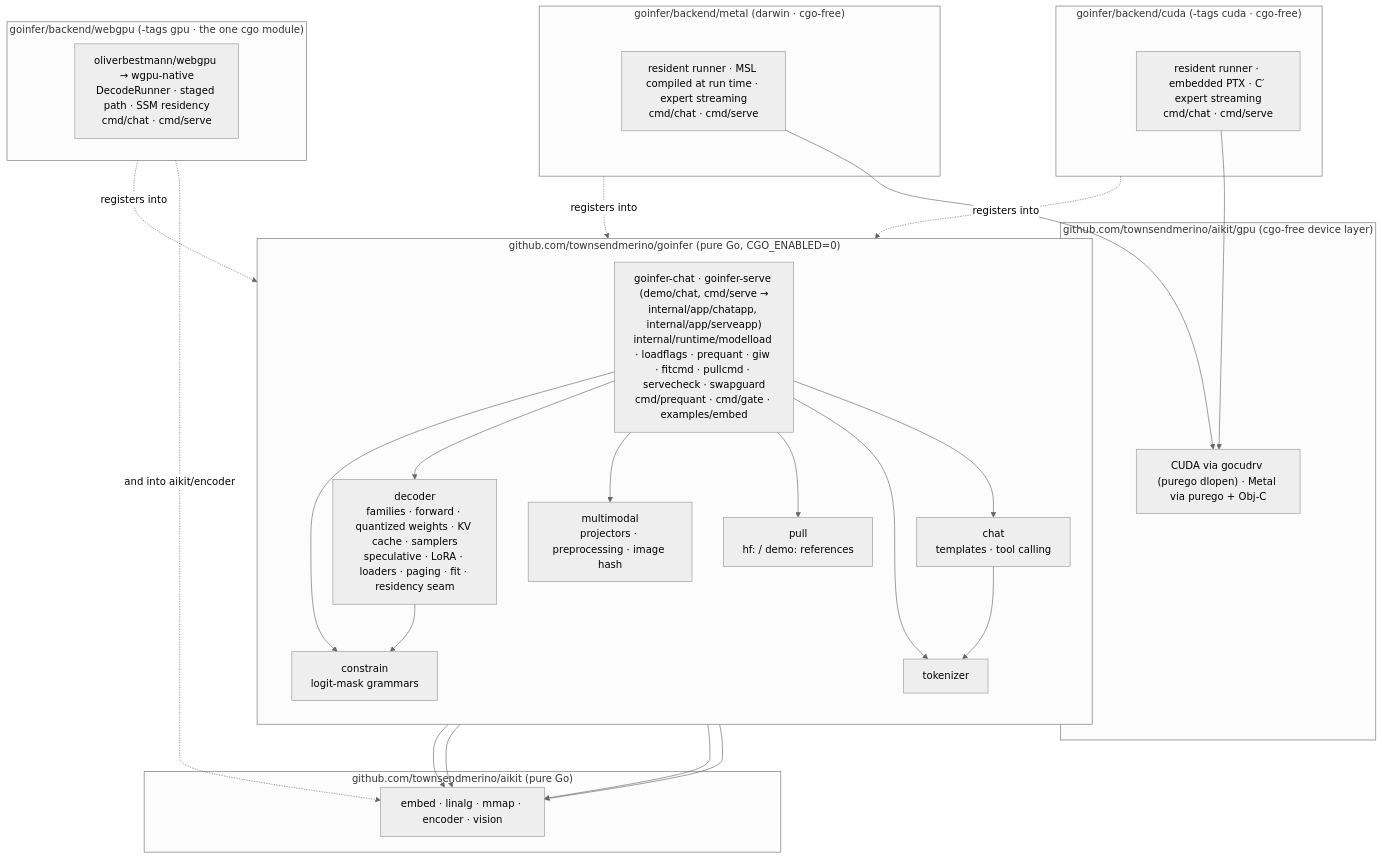
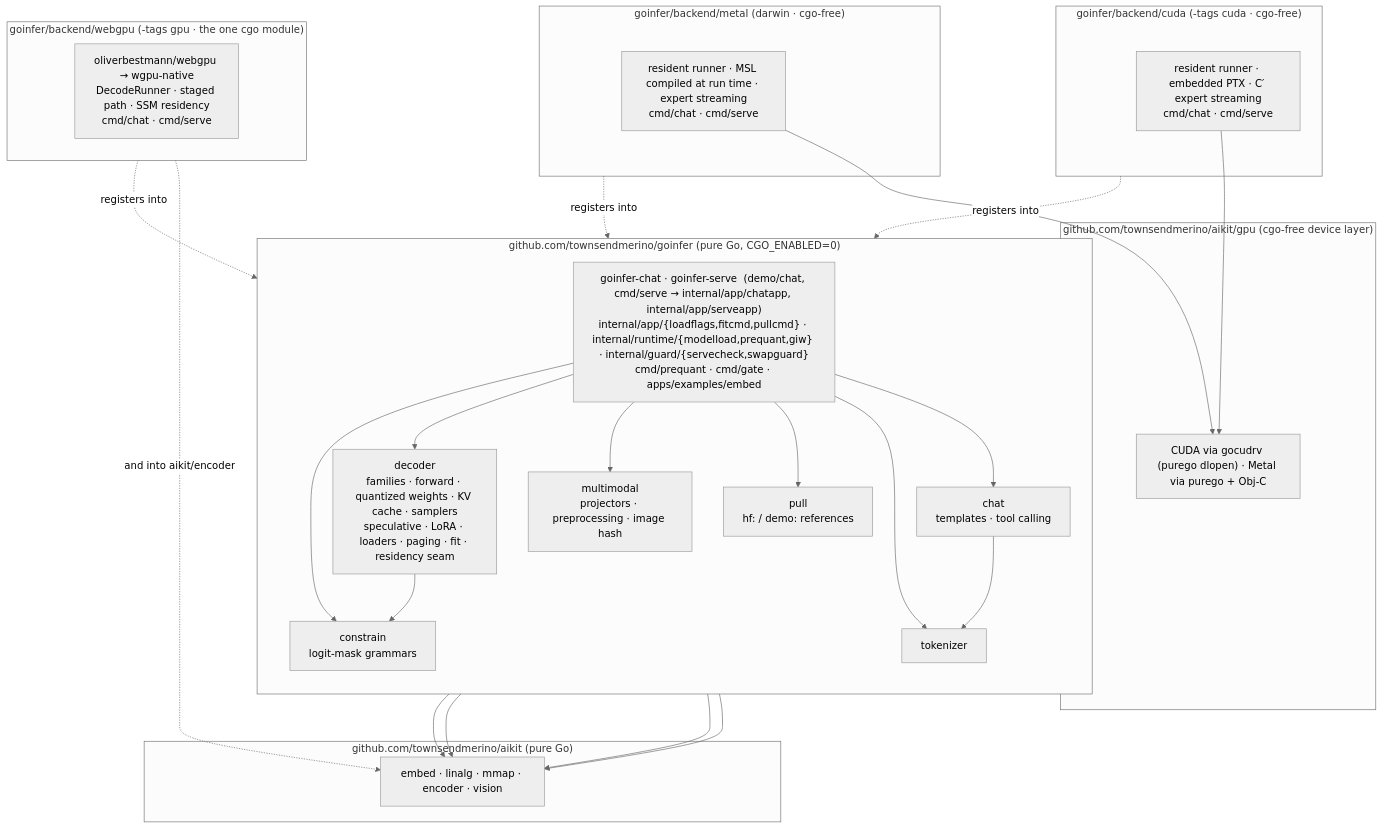
Before and after one commit to townsendmerino/goinfer: the fourth of 4 diagrams in docs/ARCHITECTURE.md, drawn with Mermaid (neutral theme). The commit also changed other lines of this file and 7 other files, not shown here.

````diff
--- a/docs/ARCHITECTURE.md
+++ b/docs/ARCHITECTURE.md
@@ -921,46 +921,46 @@
 ```mermaid
 flowchart TB
   subgraph ROOT["github.com/townsendmerino/goinfer  (pure Go, CGO_ENABLED=0)"]
     direction TB
-    APPS["goinfer-chat · goinfer-serve  (demo/chat, cmd/serve → internal/app/chatapp, internal/app/serveapp)<br/>internal/runtime/modelload · loadflags · prequant · giw · fitcmd · pullcmd · servecheck · swapguard<br/>cmd/prequant · cmd/gate · examples/embed"]
+    APPS["goinfer-chat · goinfer-serve  (demo/chat, cmd/serve → internal/app/chatapp, internal/app/serveapp)<br/>internal/app/{loadflags,fitcmd,pullcmd} · internal/runtime/{modelload,prequant,giw} · internal/guard/{servecheck,swapguard}<br/>cmd/prequant · cmd/gate · apps/examples/embed"]
     DEC["decoder<br/>families · forward · quantized weights · KV cache · samplers<br/>speculative · LoRA · loaders · paging · fit · residency seam"]
     TKN["tokenizer"]
     CHT["chat<br/>templates · tool calling"]
     CON["constrain<br/>logit-mask grammars"]
     MM["multimodal<br/>projectors · preprocessing · image hash"]
     PULL["pull<br/>hf: / demo: references"]
     APPS --> DEC
     APPS --> CHT
     APPS --> CON
     APPS --> MM
     APPS --> PULL
     APPS --> TKN
     DEC --> CON
     CHT --> TKN
   end
   subgraph AIKIT["github.com/townsendmerino/aikit  (pure Go)"]
     AK["embed · linalg · mmap · encoder · vision"]
   end
   subgraph AIKITGPU["github.com/townsendmerino/aikit/gpu  (cgo-free device layer)"]
     AG["CUDA via gocudrv (purego dlopen) · Metal via purego + Obj-C"]
   end
   subgraph CUDA["goinfer/backend/cuda  (-tags cuda · cgo-free)"]
     CU["resident runner · embedded PTX · C′ expert streaming<br/>cmd/chat · cmd/serve"]
   end
   subgraph METAL["goinfer/backend/metal  (darwin · cgo-free)"]
     MT["resident runner · MSL compiled at run time · expert streaming<br/>cmd/chat · cmd/serve"]
   end
   subgraph GPU["goinfer/backend/webgpu  (-tags gpu · the one cgo module)"]
     WG["oliverbestmann/webgpu → wgpu-native<br/>DecodeRunner · staged path · SSM residency<br/>cmd/chat · cmd/serve"]
   end
   DEC --> AK
   TKN --> AK
   MM --> AK
   APPS --> AK
   CU --> AG
   MT --> AG
   CUDA -. "registers into" .-> DEC
   METAL -. "registers into" .-> DEC
   GPU -. "registers into" .-> DEC
   GPU -. "and into aikit/encoder" .-> AK
 ```
````
